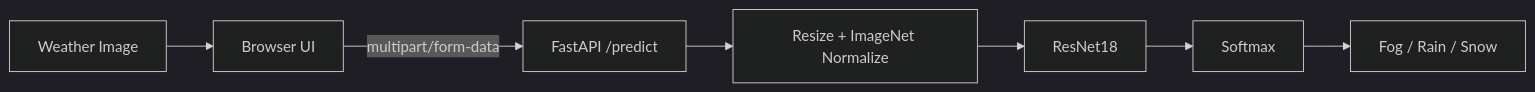
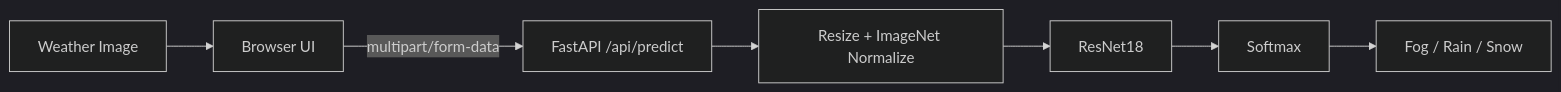
Before and after one commit to harshitdev-wq/AI-Weather-Classifier: the diagram in README.md, drawn with Mermaid (dark theme). The commit also changed other lines of this file, not shown here.

````diff
--- a/README.md
+++ b/README.md
@@ -20,9 +20,9 @@
 ```mermaid
 flowchart LR
     A[Weather Image] --> B[Browser UI]
-    B -->|multipart/form-data| C[FastAPI /predict]
+    B -->|multipart/form-data| C[FastAPI /api/predict]
     C --> D[Resize + ImageNet Normalize]
     D --> E[ResNet18]
     E --> F[Softmax]
     F --> G[Fog / Rain / Snow]
 ```
````
